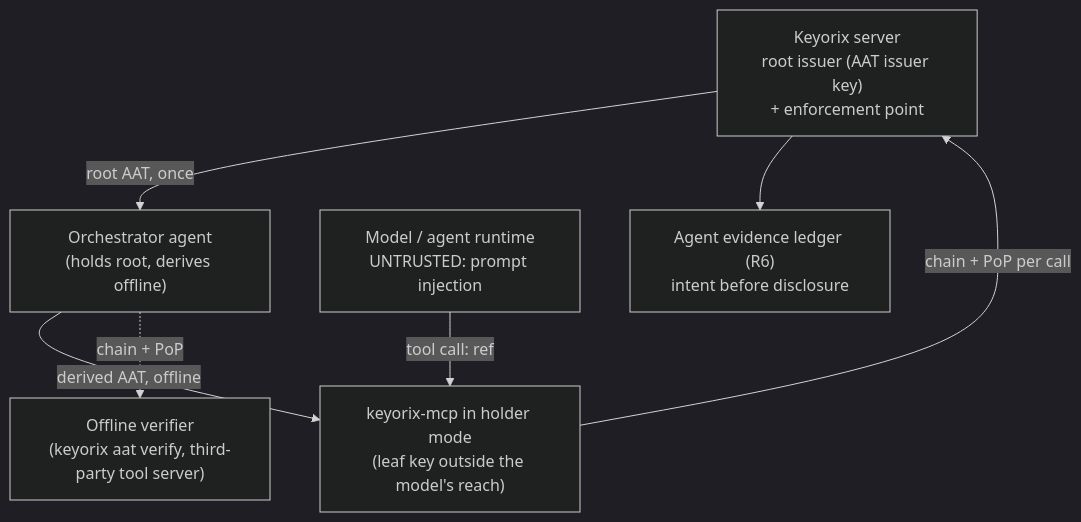
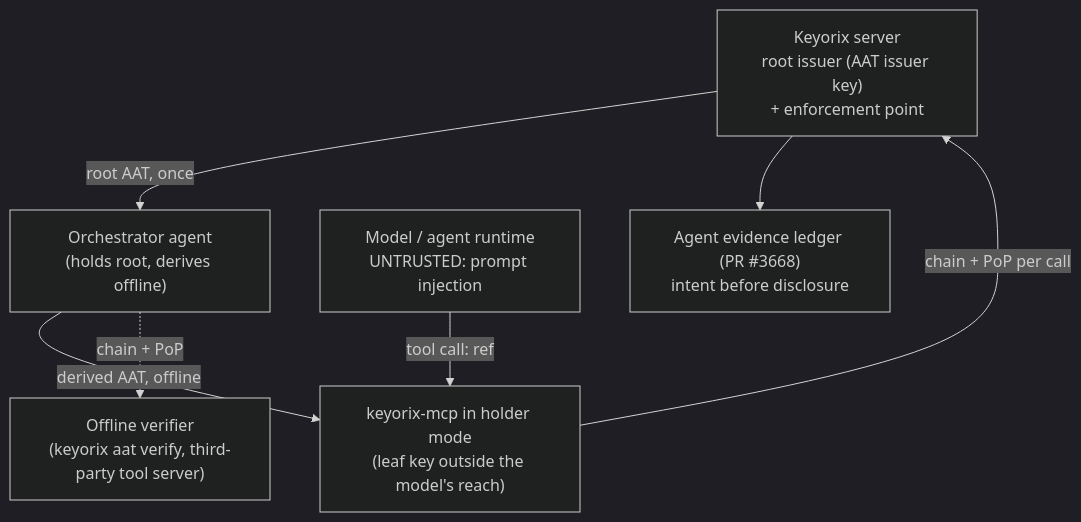
One commit to keyorixhq/keyorix changed the diagram in docs/security/threat-models/agent-delegation-tokens.md. Above: the diagram before and after it, drawn with Mermaid (dark theme). The commit also changed other lines of this file and 5 other files, not shown here.

First line of the commit message:
docs(adr): items 1-4: renumber to ADR-120, align with the agent ledger design

````diff
--- a/docs/security/threat-models/agent-delegation-tokens.md
+++ b/docs/security/threat-models/agent-delegation-tokens.md
@@ -17,16 +17,16 @@
 ```mermaid
 flowchart TB
     KX["Keyorix server\nroot issuer (AAT issuer key)\n+ enforcement point"]
     ORCH["Orchestrator agent\n(holds root, derives offline)"]
     MCP["keyorix-mcp in holder mode\n(leaf key outside the model's reach)"]
     LLM["Model / agent runtime\nUNTRUSTED: prompt injection"]
     EXT["Offline verifier\n(keyorix aat verify, third-party tool server)"]
-    LEDGER["Agent evidence ledger (R6)\nintent before disclosure"]
+    LEDGER["Agent evidence ledger (PR #3668)\nintent before disclosure"]
 
     KX -->|root AAT, once| ORCH
     ORCH -->|derived AAT, offline| MCP
     LLM -->|tool call: ref| MCP
     MCP -->|chain + PoP per call| KX
     KX --> LEDGER
     ORCH -.->|chain + PoP| EXT
 ```
````
